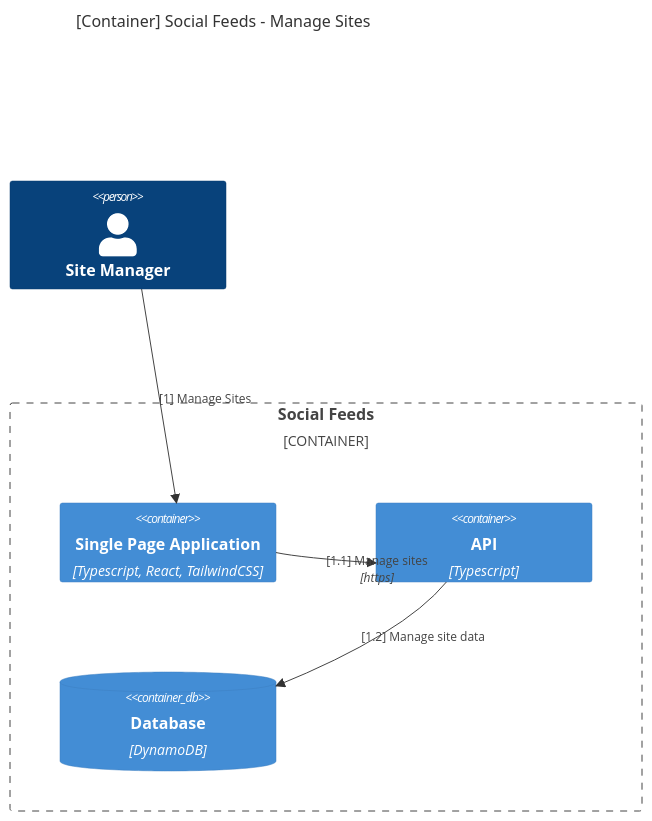
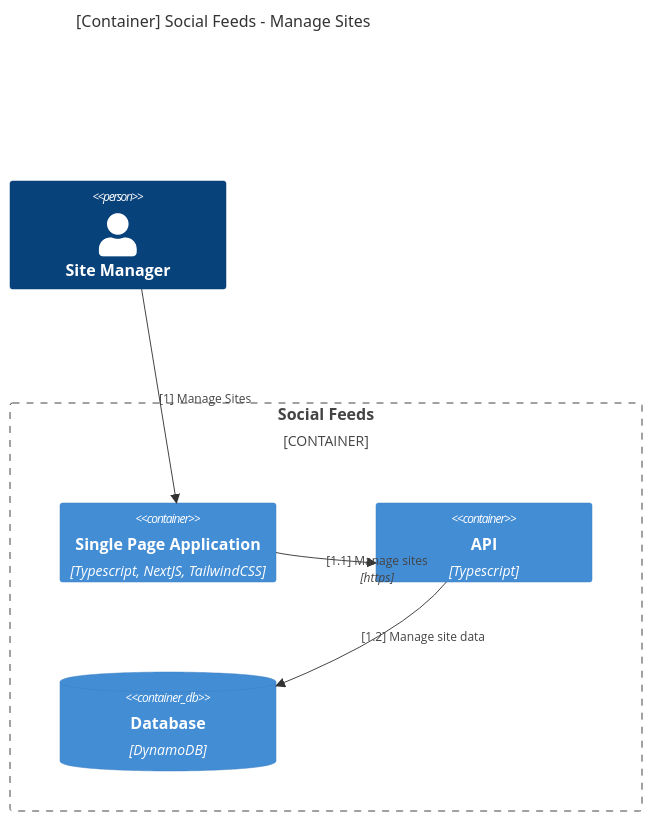
Before and after one commit to jesse-grabowski/social-feeds: the second of 4 diagrams in docs/architecture/application.md, drawn with Mermaid. The commit also changed other lines of this file and 2 other files, not shown here.

````diff
--- a/docs/architecture/application.md
+++ b/docs/architecture/application.md
@@ -125,17 +127,17 @@
 ```mermaid
 C4Container
   title [Container] Social Feeds - Manage Sites
   
   Person(sm, "Site Manager")
   
   Container_Boundary(sfc, "Social Feeds") {
-    Container(spa, "Single Page Application", "Typescript, React, TailwindCSS")
+    Container(spa, "Single Page Application", "Typescript, NextJS, TailwindCSS")
     Container(api, "API", "Typescript")
     
     ContainerDb(db, "Database", "DynamoDB")
   }
   
   Rel(sm, spa, "[1] Manage Sites")
   Rel(spa, api, "[1.1] Manage sites", "https")
   Rel(api, db, "[1.2] Manage site data")
 ```
````
